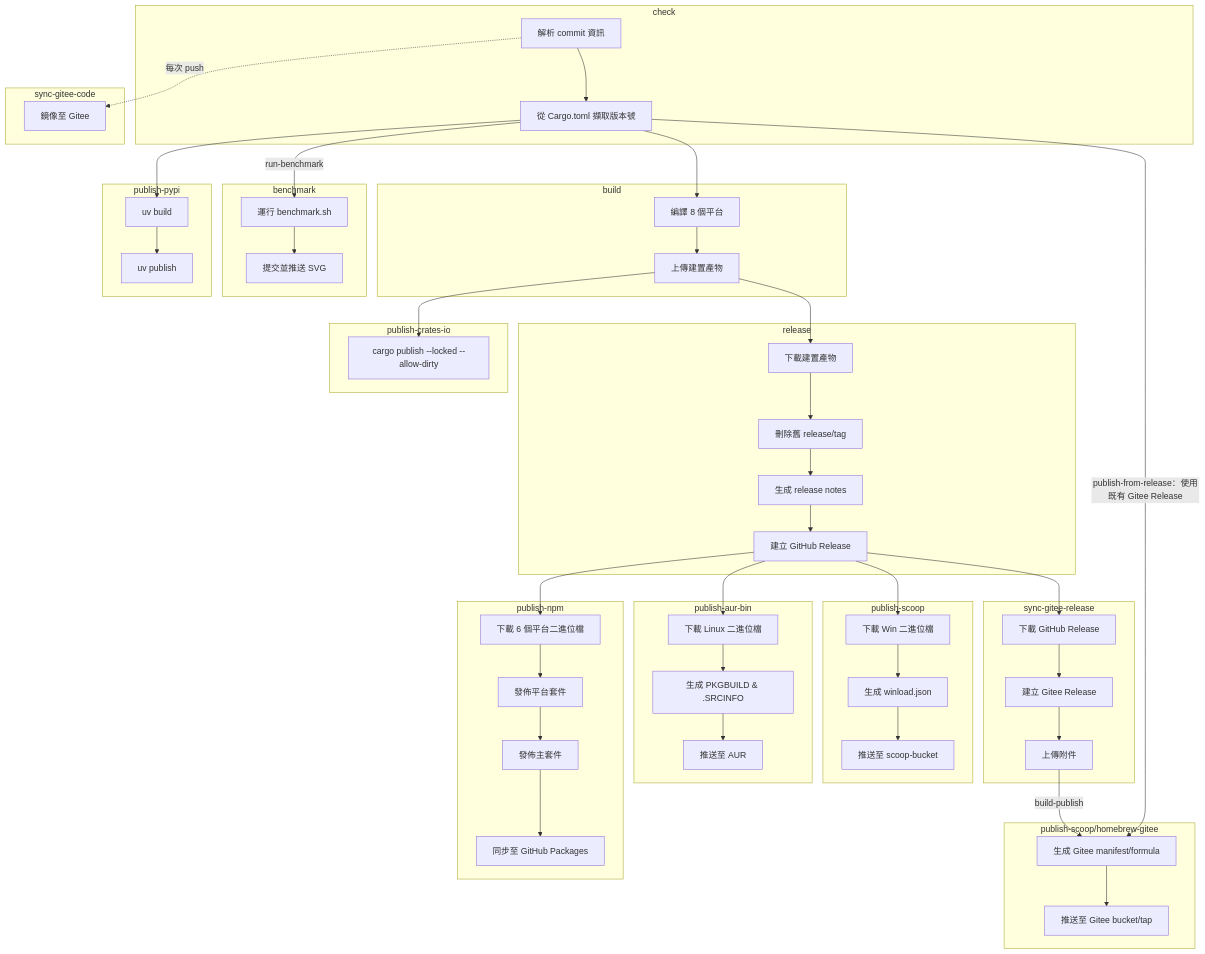
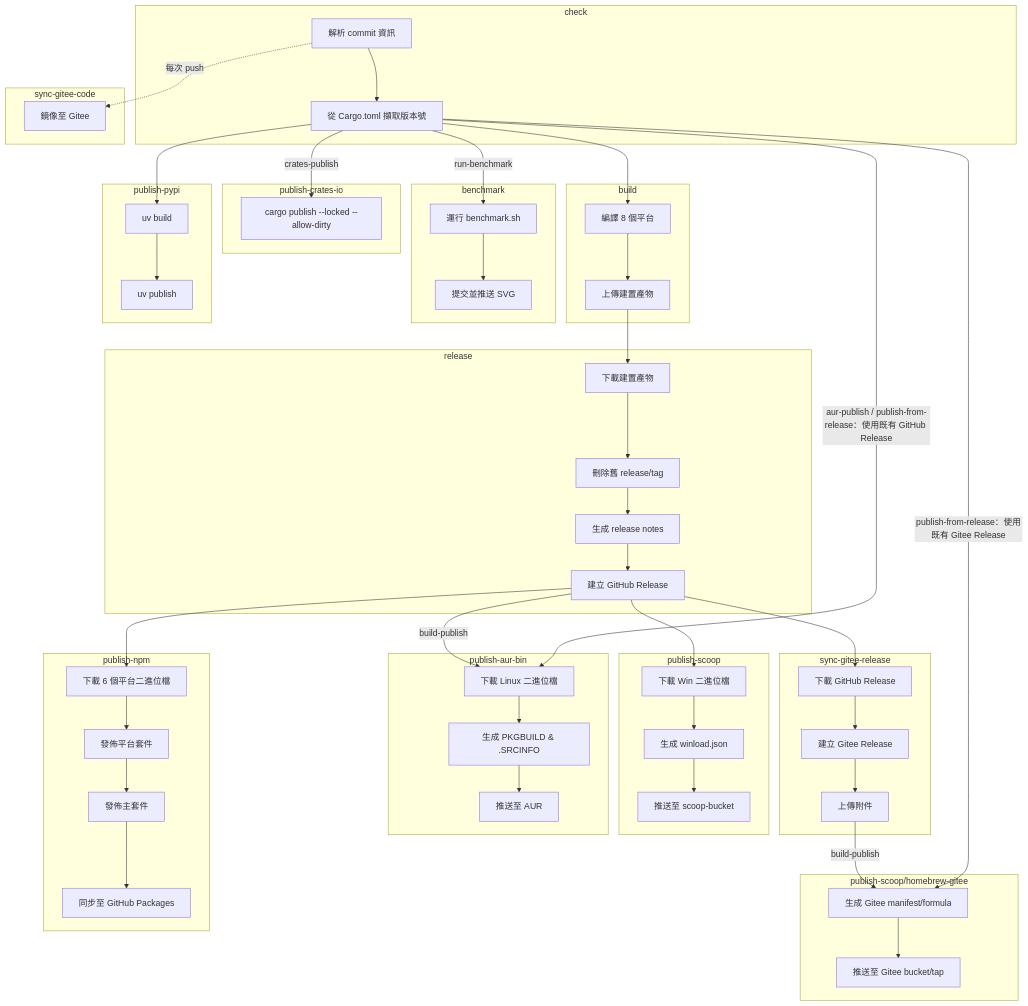
One commit to VincentZyuApps/winload changed the diagram in .github/workflows/build.zh-tw.md. Above: the diagram before and after it, drawn with Mermaid. The commit also changed other lines of this file and 8 other files, not shown here.

First line of the commit message:
release: 准备 v0.2.0-alpha.4 并修复 AUR 与发布路由

```diff
--- a/.github/workflows/build.zh-tw.md
+++ b/.github/workflows/build.zh-tw.md
@@ -241,11 +247,12 @@
     PY1 --> PY2
     B1 --> B2
     B2 --> R1
-    B2 --> CR1
+    C2 --"crates-publish"--> CR1
     R1 --> R2 --> R3 --> R4
     R4 --> S1
     S1 --> S2 --> S3
-    R4 --> A1
+    R4 --"build-publish"--> A1
+    C2 --"aur-publish / publish-from-release：使用既有 GitHub Release"--> A1
     A1 --> A2 --> A3
     R4 --> N1
     N1 --> N2 --> N3 --> N4
```
